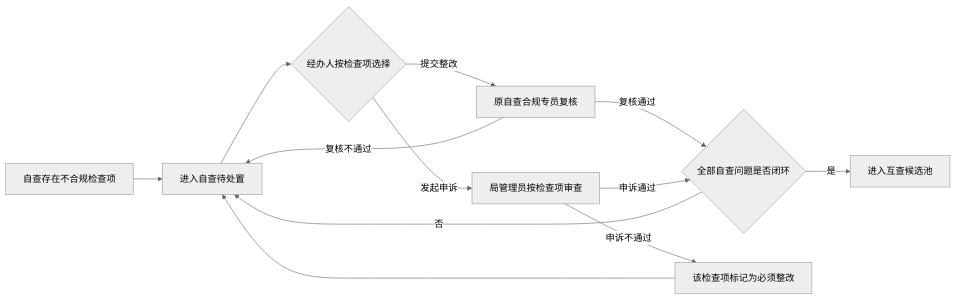
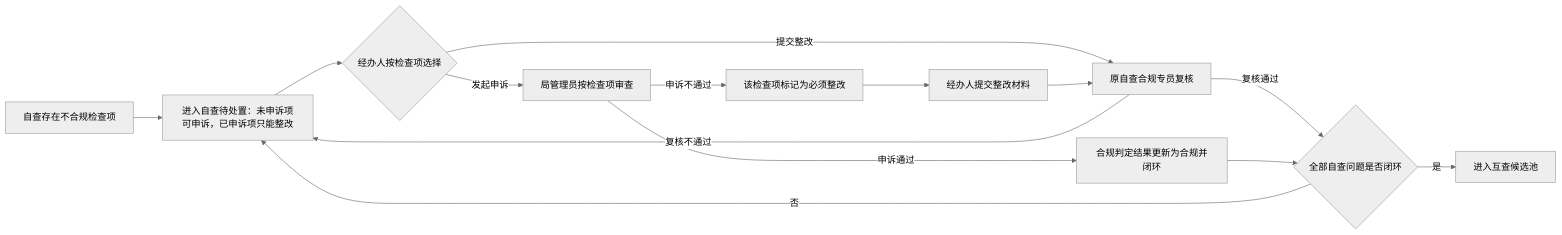
One commit to LRainD/LRainD.github.io changed diagram 13 of 16 in axureMake/docs/四局一单一检/prd.md. Above: the diagram before and after it, drawn with Mermaid (neutral theme). The commit also changed other lines of this file and 7 other files, not shown here.

````diff
--- a/axureMake/docs/四局一单一检/prd.md
+++ b/axureMake/docs/四局一单一检/prd.md
@@ -656,14 +696,16 @@
 ```mermaid
 flowchart LR
-    A[自查存在不合规检查项] --> B[进入自查待处置]
+    A[自查存在不合规检查项] --> B[进入自查待处置：未申诉项可申诉，已申诉项只能整改]
     B --> C{经办人按检查项选择}
     C -->|提交整改| D[原自查合规专员复核]
     D -->|复核通过| E{全部自查问题是否闭环}
     D -->|复核不通过| B
     C -->|发起申诉| G[局管理员按检查项审查]
-    G -->|申诉通过| E
+    G -->|申诉通过| P[合规判定结果更新为合规并闭环]
+    P --> E
     G -->|申诉不通过| R[该检查项标记为必须整改]
-    R --> B
+    R --> H[经办人提交整改材料]
+    H --> D
     E -->|否| B
     E -->|是| I[进入互查候选池]
 ```
````
